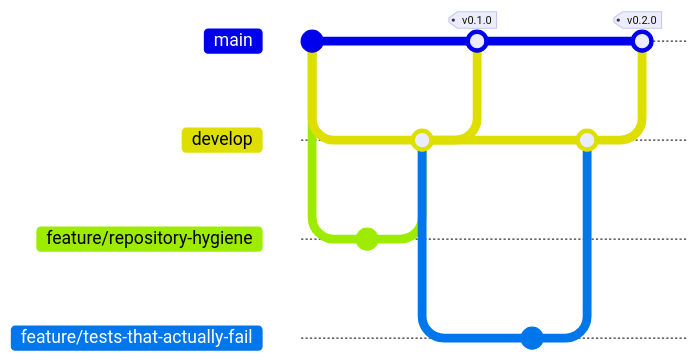
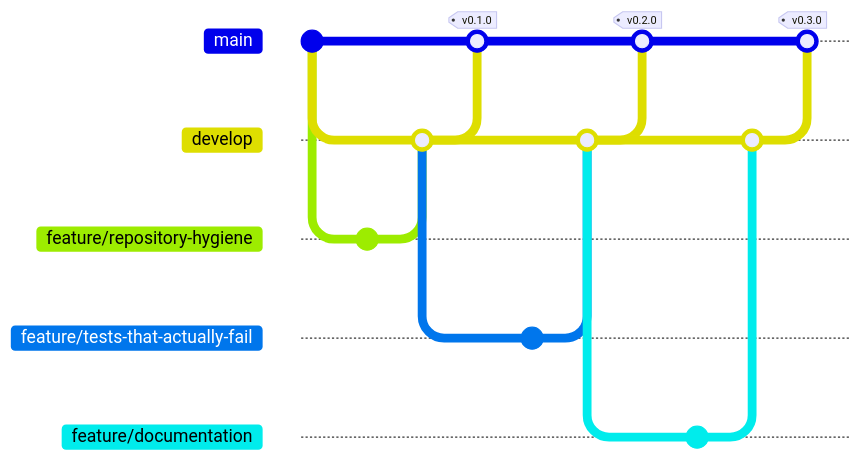
One commit to danielyatacoblas/omni-guard changed the second of 2 diagrams in README.md. Above: the diagram before and after it, drawn with Mermaid. The commit also changed other lines of this file and 1 other file, not shown here. Commit ids are hidden.

Commit message:
docs: regenerate the branch diagram after the release merge
The block quotes counts read from the history, so committing it necessarily
changes what it counts. It is generated last and says "al generar este bloque"
rather than pretending to be live -- a number that drifts silently is worse
than one that says when it was taken.

````diff
--- a/README.md
+++ b/README.md
@@ -143,21 +143,29 @@
 ```mermaid
 gitGraph
    commit id: "import"
    branch develop
    checkout develop
    branch feature/repository-hygiene
    checkout feature/repository-hygiene
    commit
    checkout develop
    merge feature/repository-hygiene
    checkout main
    merge develop tag: "v0.1.0"
    checkout develop
    branch feature/tests-that-actually-fail
    checkout feature/tests-that-actually-fail
    commit
    checkout develop
    merge feature/tests-that-actually-fail
    checkout main
    merge develop tag: "v0.2.0"
+   checkout develop
+   branch feature/documentation
+   checkout feature/documentation
+   commit
+   checkout develop
+   merge feature/documentation
+   checkout main
+   merge develop tag: "v0.3.0"
 ```
````
